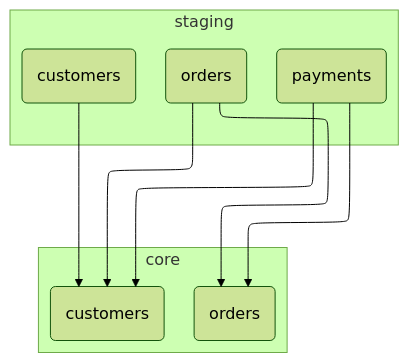
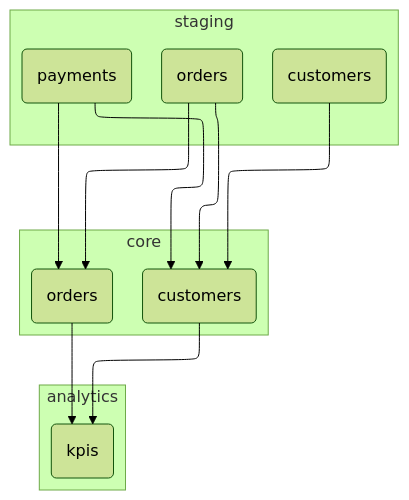
The second of 2 diagrams in examples/jaffle_shop/docs/README.md (carbonfact/lea), drawn with Mermaid (forest theme) before and after one commit. The commit also changed other lines of this file and 7 other files, not shown here.

Commit message:
allow selecting tables in a schema

````diff
--- a/examples/jaffle_shop/docs/README.md
+++ b/examples/jaffle_shop/docs/README.md
@@ -20,20 +23,26 @@
 ```mermaid
 %%{init: {"flowchart": {"defaultRenderer": "elk"}} }%%
 flowchart TB
+    subgraph analytics
+    analytics.kpis(kpis)
+    end
+
     subgraph core
     core.customers(customers)
     core.orders(orders)
     end
 
     subgraph staging
     staging.customers(customers)
     staging.orders(orders)
     staging.payments(payments)
     end
 
     staging.customers --> core.customers
     staging.orders --> core.customers
     staging.payments --> core.customers
     staging.orders --> core.orders
     staging.payments --> core.orders
+    core.customers --> analytics.kpis
+    core.orders --> analytics.kpis
 ```
````
